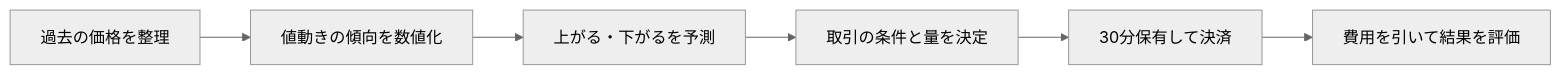
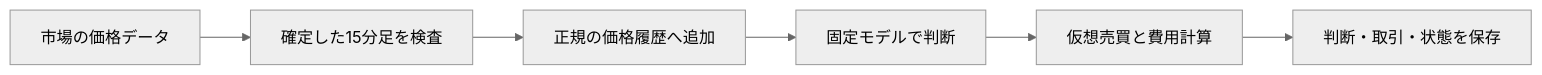
Before and after one commit to Fuku1121/fx-ml-trading: the diagram in README.md, drawn with Mermaid (neutral theme). The commit also changed other lines of this file and 64 other files, not shown here.

````diff
--- a/README.md
+++ b/README.md
@@ -17,8 +29,8 @@
 ```mermaid
 flowchart LR
-    A[過去の価格を整理] --> B[値動きの傾向を数値化]
-    B --> C[上がる・下がるを予測]
-    C --> D[取引の条件と量を決定]
-    D --> E[30分保有して決済]
-    E --> F[費用を引いて結果を評価]
+    A[市場の価格データ] --> B[確定した15分足を検査]
+    B --> C[正規の価格履歴へ追加]
+    C --> D[固定モデルで判断]
+    D --> E[仮想売買と費用計算]
+    E --> F[判断・取引・状態を保存]
 ```
````
